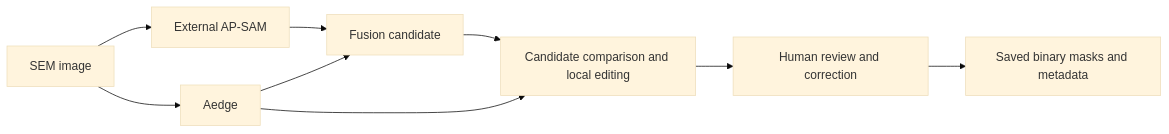
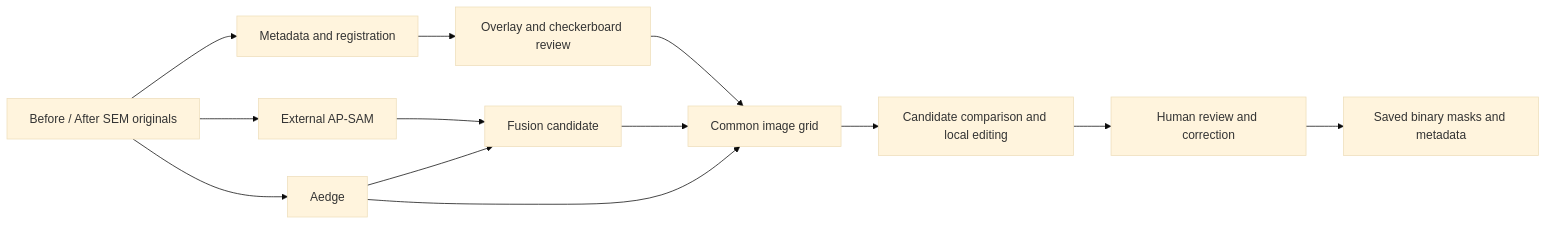
Before and after one commit to 18943965297-maker/sem-pore-annotation-toolkit: the diagram in README.md, drawn with Mermaid (base theme). The commit also changed other lines of this file and 11 other files, not shown here.

Commit message:
Connect registration review and aligned candidates to fusion editor

````diff
--- a/README.md
+++ b/README.md
@@ -17,11 +22,15 @@
 ```mermaid
 flowchart LR
-    I[SEM image] --> AP[External AP-SAM]
+    I[Before / After SEM originals] --> R[Metadata and registration]
+    R --> Q[Overlay and checkerboard review]
+    I --> AP[External AP-SAM]
     I --> AE[Aedge]
     AP --> F[Fusion candidate]
     AE --> F
-    AE --> UI[Candidate comparison and local editing]
-    F --> UI
+    Q --> C[Common image grid]
+    AE --> C
+    F --> C
+    C --> UI[Candidate comparison and local editing]
     UI --> H[Human review and correction]
     H --> M[Saved binary masks and metadata]
 ```
````
